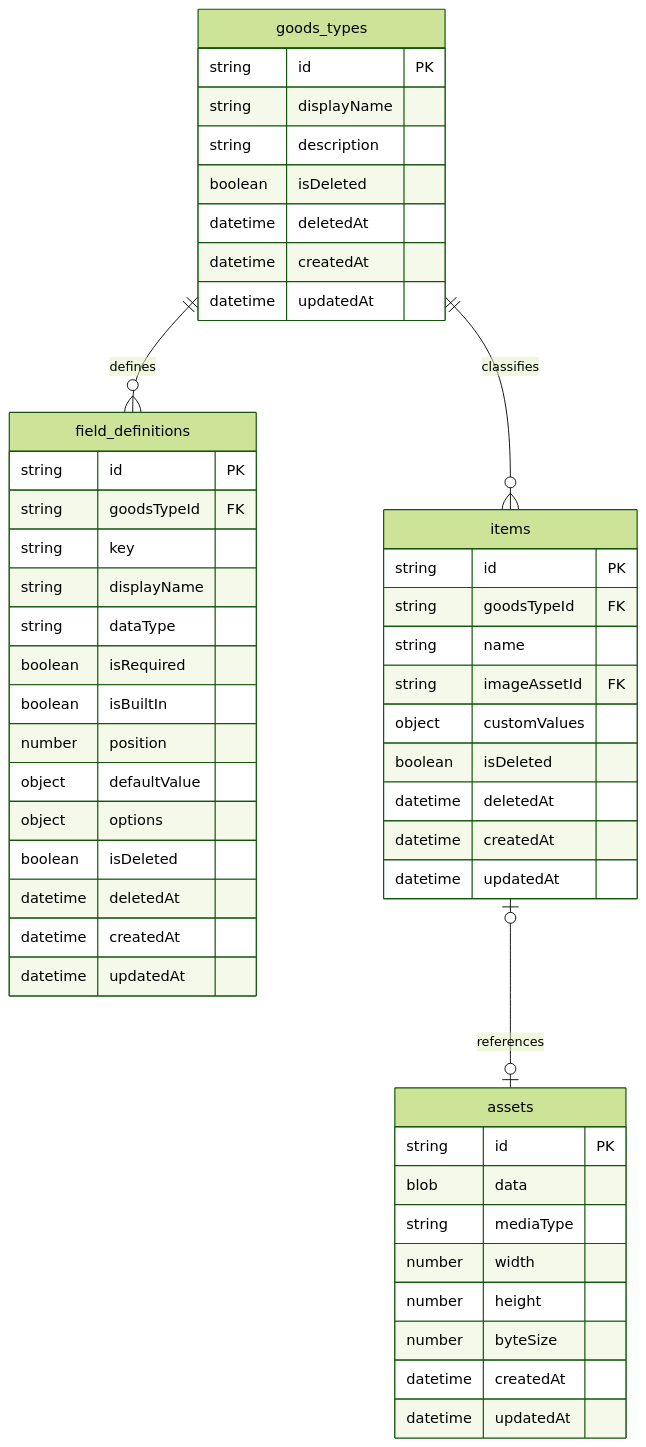
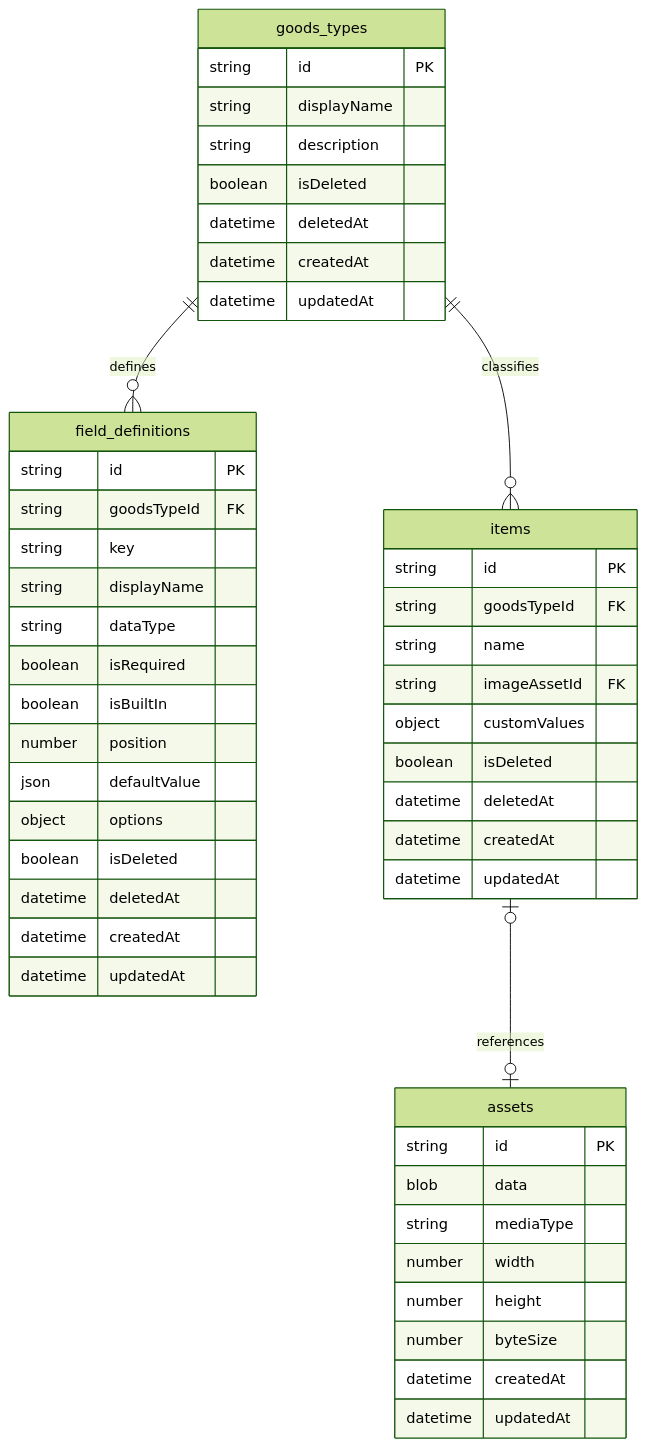
Before and after one commit to Uduru0522/wotagoods-manager: the diagram in docs/data-model.md, drawn with Mermaid (forest theme). The commit also changed 3 other files, not shown here.

````diff
--- a/docs/data-model.md
+++ b/docs/data-model.md
@@ -25,56 +25,56 @@
 ```mermaid
 erDiagram
   goods_types ||--o{ field_definitions : defines
   goods_types ||--o{ items : classifies
   items o|--o| assets : references
 
   goods_types {
     string id PK
     string displayName
     string description
     boolean isDeleted
     datetime deletedAt
     datetime createdAt
     datetime updatedAt
   }
 
   field_definitions {
     string id PK
     string goodsTypeId FK
     string key
     string displayName
     string dataType
     boolean isRequired
     boolean isBuiltIn
     number position
-    object defaultValue
+    json defaultValue
     object options
     boolean isDeleted
     datetime deletedAt
     datetime createdAt
     datetime updatedAt
   }
 
   items {
     string id PK
     string goodsTypeId FK
     string name
     string imageAssetId FK
     object customValues
     boolean isDeleted
     datetime deletedAt
     datetime createdAt
     datetime updatedAt
   }
 
   assets {
     string id PK
     blob data
     string mediaType
     number width
     number height
     number byteSize
     datetime createdAt
     datetime updatedAt
   }
 ```
````
